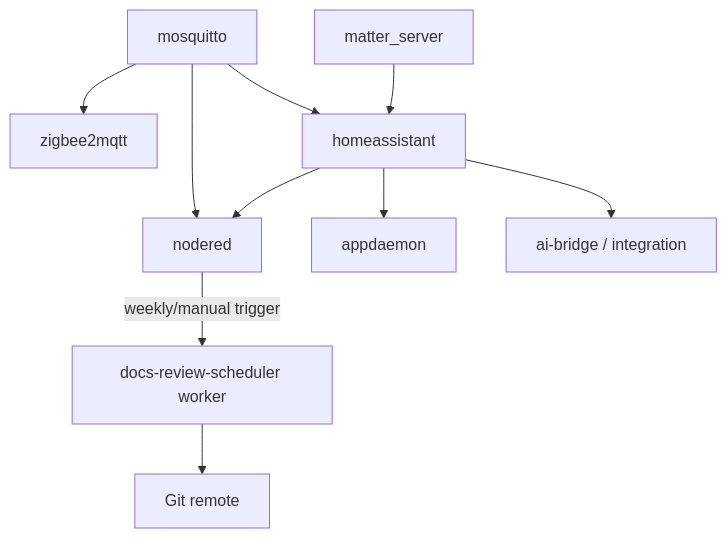
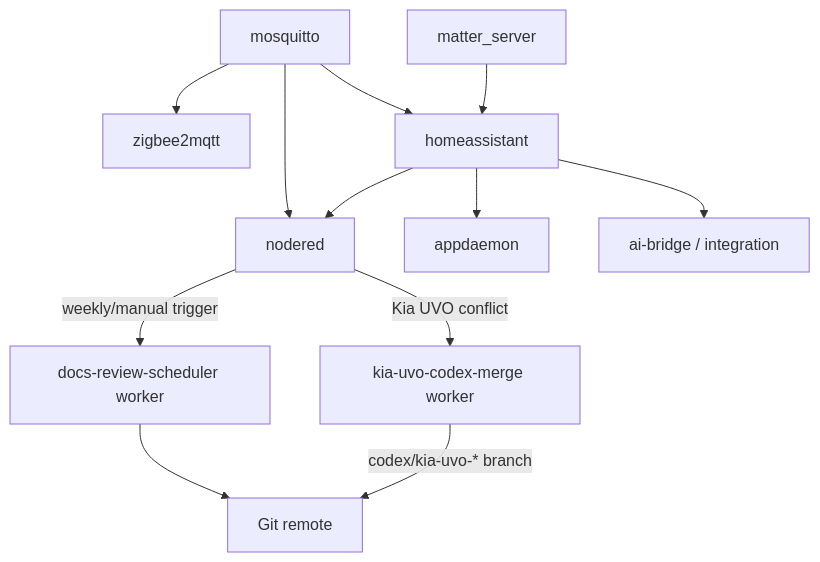
Before and after one commit to gabrafur/my_smart_home: the diagram in docs/CONTAINERS.en.md, drawn with Mermaid. The commit also changed other lines of this file and 17 other files, not shown here.

Commit message:
feat(kia-uvo): automate Codex conflict merges

````diff
--- a/docs/CONTAINERS.en.md
+++ b/docs/CONTAINERS.en.md
@@ -119,12 +122,14 @@
 ```mermaid
 flowchart TD
     MQ[mosquitto] --> Z2M[zigbee2mqtt]
     MQ --> HA[homeassistant]
     MAT[matter_server] --> HA
     MQ --> NR[nodered]
     HA --> NR
     HA --> AD[appdaemon]
     HA --> BR[ai-bridge / integration]
     NR -->|weekly/manual trigger| SCH[docs-review-scheduler worker]
     SCH --> GIT[Git remote]
+    NR -->|Kia UVO conflict| KIA[kia-uvo-codex-merge worker]
+    KIA -->|codex/kia-uvo-* branch| GIT
 ```
````
